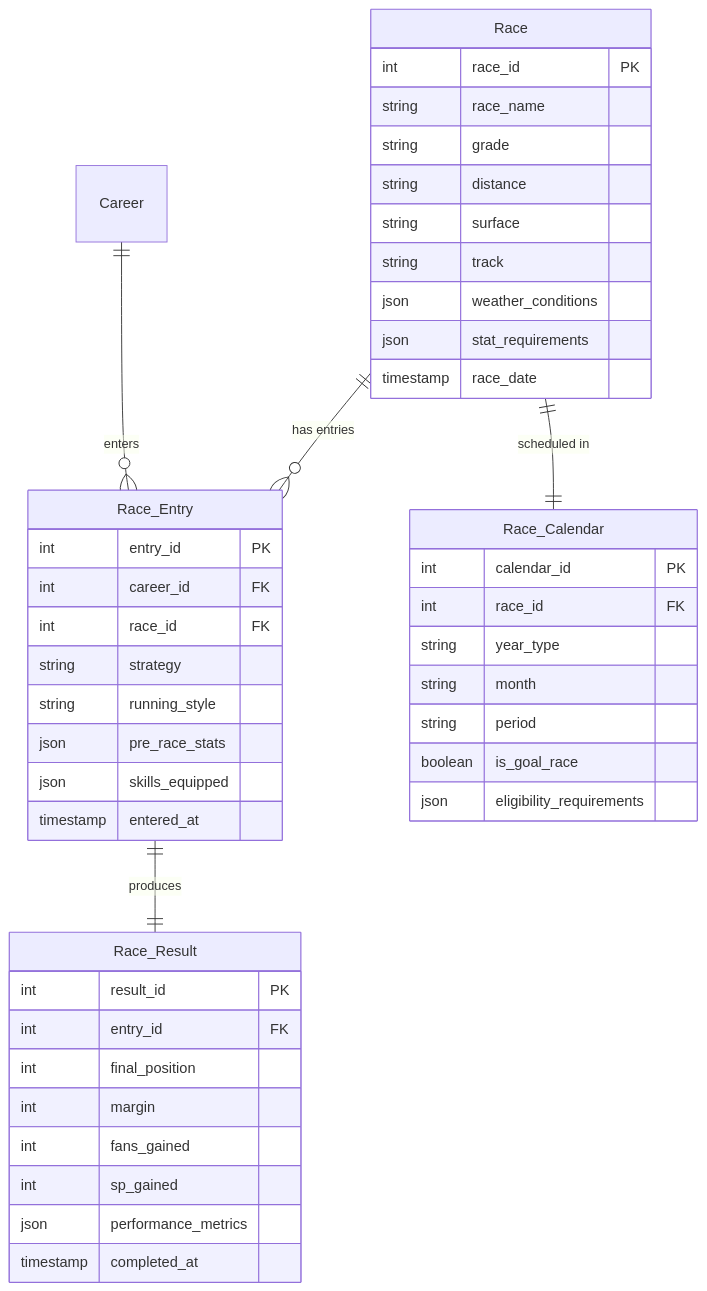
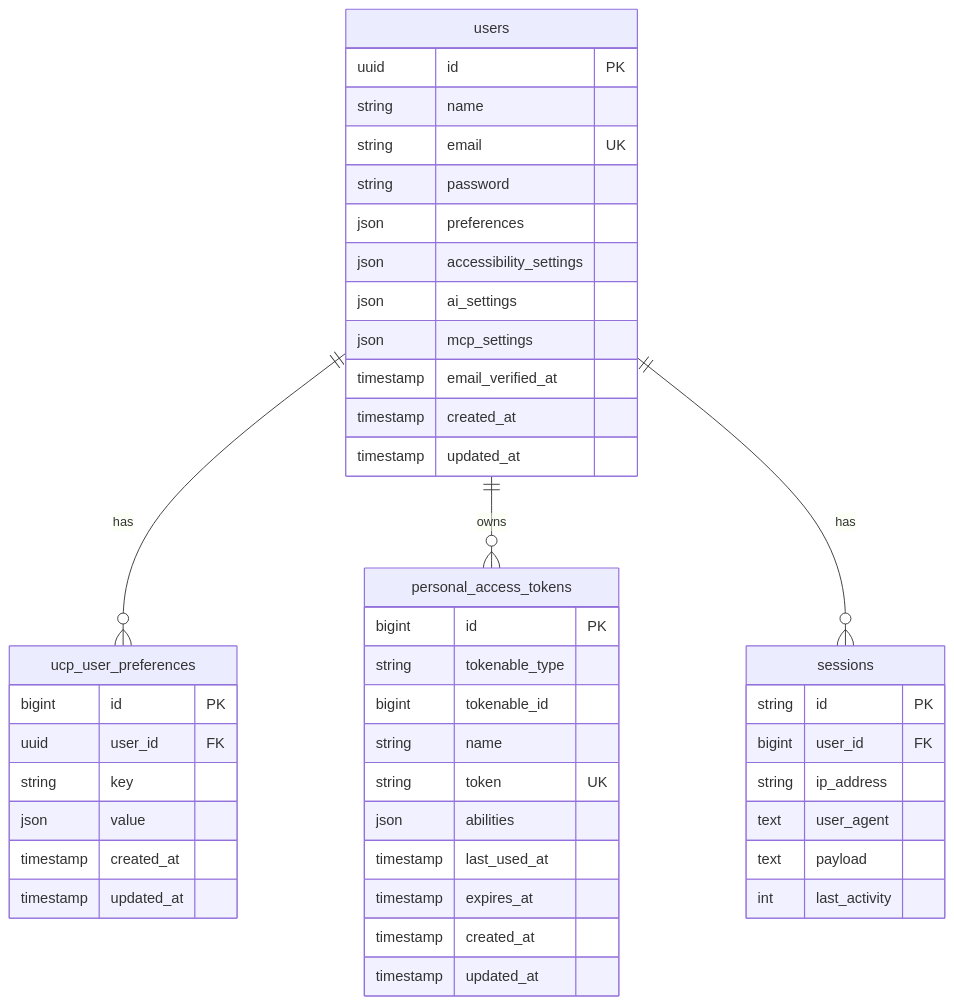
The fourth of 13 diagrams in docs/01-diagrams/entity-relationship-diagram.md (exatfrds67/umamusume-career-planner), drawn with Mermaid before and after one commit. The commit also changed other lines of this file and 67 other files, not shown here.

````diff
--- a/docs/01-diagrams/entity-relationship-diagram.md
+++ b/docs/01-diagrams/entity-relationship-diagram.md
@@ -249,51 +277,51 @@
 ```mermaid
 erDiagram
-    Race {
-        int race_id PK
-        string race_name
-        string grade
-        string distance
-        string surface
-        string track
-        json weather_conditions
-        json stat_requirements
-        timestamp race_date
+    users ||--o{ ucp_user_preferences : has
+    users ||--o{ personal_access_tokens : owns
+    users ||--o{ sessions : has
+    
+    users {
+        uuid id PK
+        string name
+        string email UK
+        string password
+        json preferences
+        json accessibility_settings
+        json ai_settings
+        json mcp_settings
+        timestamp email_verified_at
+        timestamp created_at
+        timestamp updated_at
     }
-
-    Race_Entry {
-        int entry_id PK
-        int career_id FK
-        int race_id FK
-        string strategy
-        string running_style
-        json pre_race_stats
-        json skills_equipped
-        timestamp entered_at
+    
+    ucp_user_preferences {
+        bigint id PK
+        uuid user_id FK
+        string key
+        json value
+        timestamp created_at
+        timestamp updated_at
     }
-
-    Race_Result {
-        int result_id PK
-        int entry_id FK
-        int final_position
-        int margin
-        int fans_gained
-        int sp_gained
-        json performance_metrics
-        timestamp completed_at
+    
+    personal_access_tokens {
+        bigint id PK
+        string tokenable_type
+        bigint tokenable_id
+        string name
+        string token UK
+        json abilities
+        timestamp last_used_at
+        timestamp expires_at
+        timestamp created_at
+        timestamp updated_at
     }
-
-    Race_Calendar {
-        int calendar_id PK
-        int race_id FK
-        string year_type
-        string month
-        string period
-        boolean is_goal_race
-        json eligibility_requirements
+    
+    sessions {
+        string id PK
+        bigint user_id FK
+        string ip_address
+        text user_agent
+        text payload
+        int last_activity
     }
-
-    Career ||--o{ Race_Entry : "enters"
-    Race ||--o{ Race_Entry : "has entries"
-    Race ||--|| Race_Calendar : "scheduled in"
-    Race_Entry ||--|| Race_Result : "produces"
 ```
````
